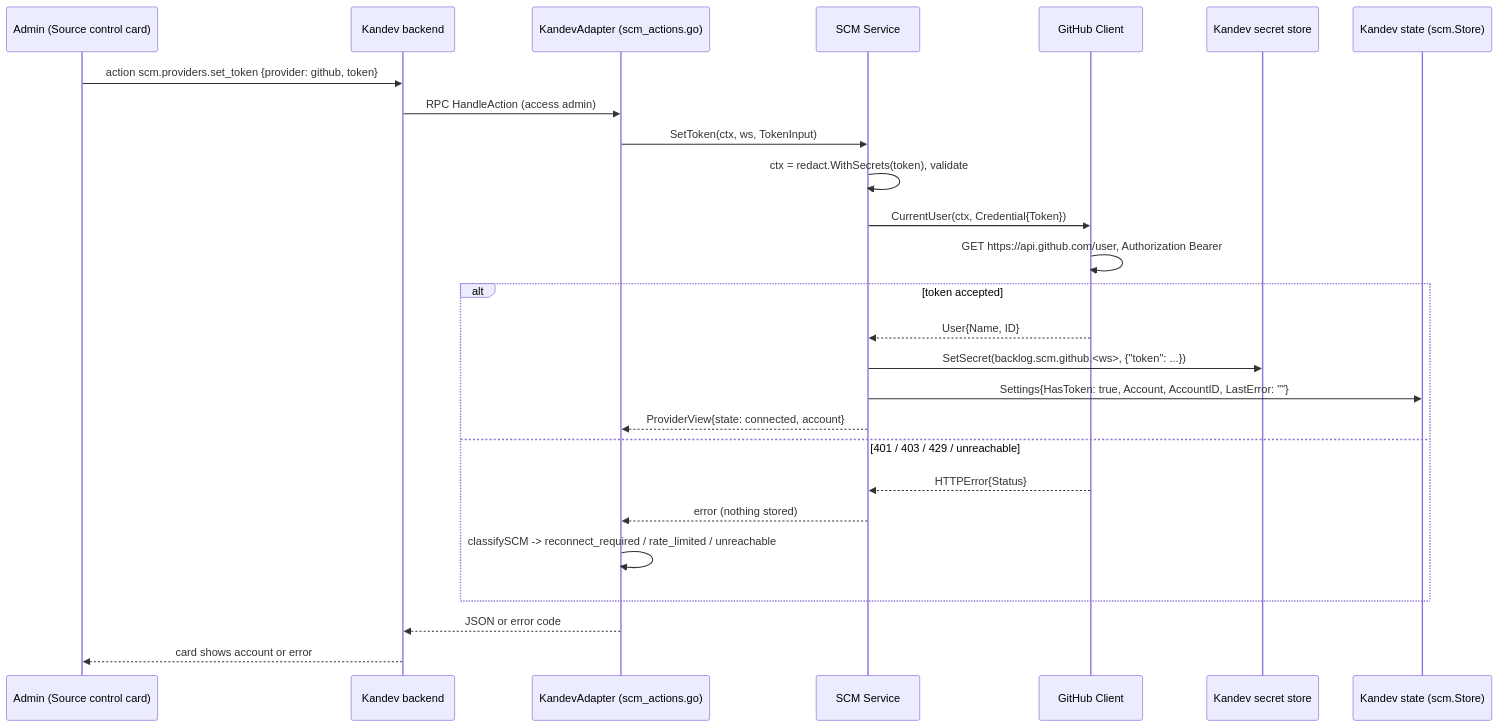
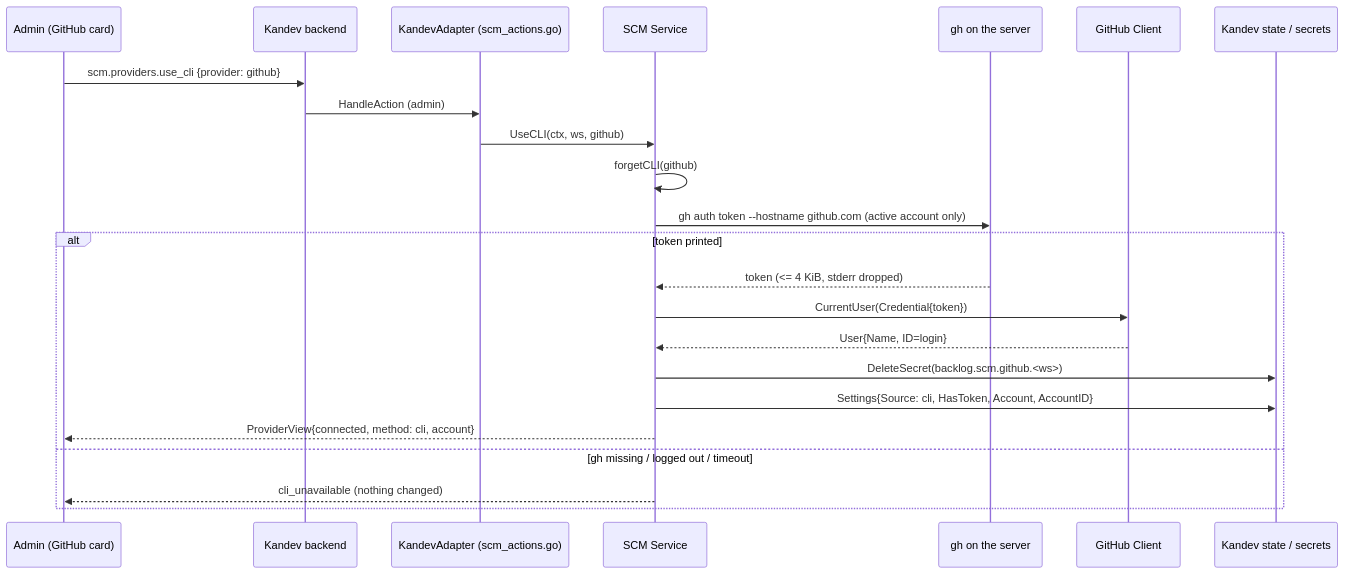
One commit to khuongdo/kandev-plugin-nulab-backlog changed the second of 5 diagrams in aidlc/spaces/default/codekb/kandev-plugin-nulab-backlog/architecture.md. Above: the diagram before and after it, drawn with Mermaid. The commit also changed other lines of this file and 62 other files, not shown here.

First line of the commit message:
Choose the gh account per workspace for the GitHub CLI login (#23)

````diff
--- a/aidlc/spaces/default/codekb/kandev-plugin-nulab-backlog/architecture.md
+++ b/aidlc/spaces/default/codekb/kandev-plugin-nulab-backlog/architecture.md
@@ -141,28 +103,25 @@
 ```mermaid
 sequenceDiagram
-  participant U as Admin (Source control card)
+  participant U as Admin (GitHub card)
   participant K as Kandev backend
   participant A as KandevAdapter (scm_actions.go)
   participant S as SCM Service
+  participant C as gh on the server
   participant G as GitHub Client
-  participant SS as Kandev secret store
-  participant ST as Kandev state (scm.Store)
-  U->>K: action scm.providers.set_token {provider: github, token}
-  K->>A: RPC HandleAction (access admin)
-  A->>S: SetToken(ctx, ws, TokenInput)
-  S->>S: ctx = redact.WithSecrets(token), validate
-  S->>G: CurrentUser(ctx, Credential{Token})
-  G->>G: GET https://api.github.com/user, Authorization Bearer
-  alt token accepted
-    G-->>S: User{Name, ID}
-    S->>SS: SetSecret(backlog.scm.github.<ws>, {"token": ...})
-    S->>ST: Settings{HasToken: true, Account, AccountID, LastError: ""}
-    S-->>A: ProviderView{state: connected, account}
-  else 401 / 403 / 429 / unreachable
-    G-->>S: HTTPError{Status}
-    S-->>A: error (nothing stored)
-    A->>A: classifySCM -> reconnect_required / rate_limited / unreachable
+  participant ST as Kandev state / secrets
+  U->>K: scm.providers.use_cli {provider: github}
+  K->>A: HandleAction (admin)
+  A->>S: UseCLI(ctx, ws, github)
+  S->>S: forgetCLI(github)
+  S->>C: gh auth token --hostname github.com (active account only)
+  alt token printed
+    C-->>S: token (<= 4 KiB, stderr dropped)
+    S->>G: CurrentUser(Credential{token})
+    G-->>S: User{Name, ID=login}
+    S->>ST: DeleteSecret(backlog.scm.github.<ws>)
+    S->>ST: Settings{Source: cli, HasToken, Account, AccountID}
+    S-->>U: ProviderView{connected, method: cli, account}
+  else gh missing / logged out / timeout
+    S-->>U: cli_unavailable (nothing changed)
   end
-  A-->>K: JSON or error code
-  K-->>U: card shows account or error
 ```
````
